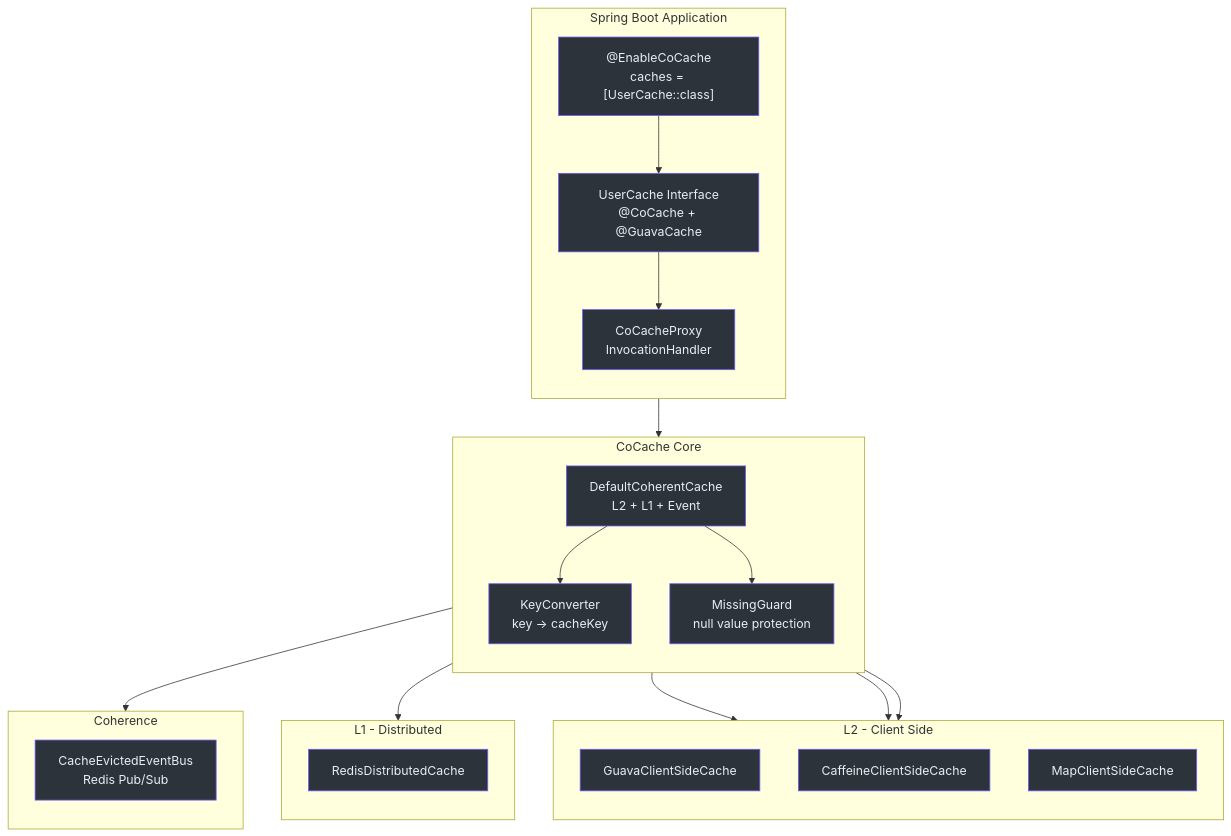
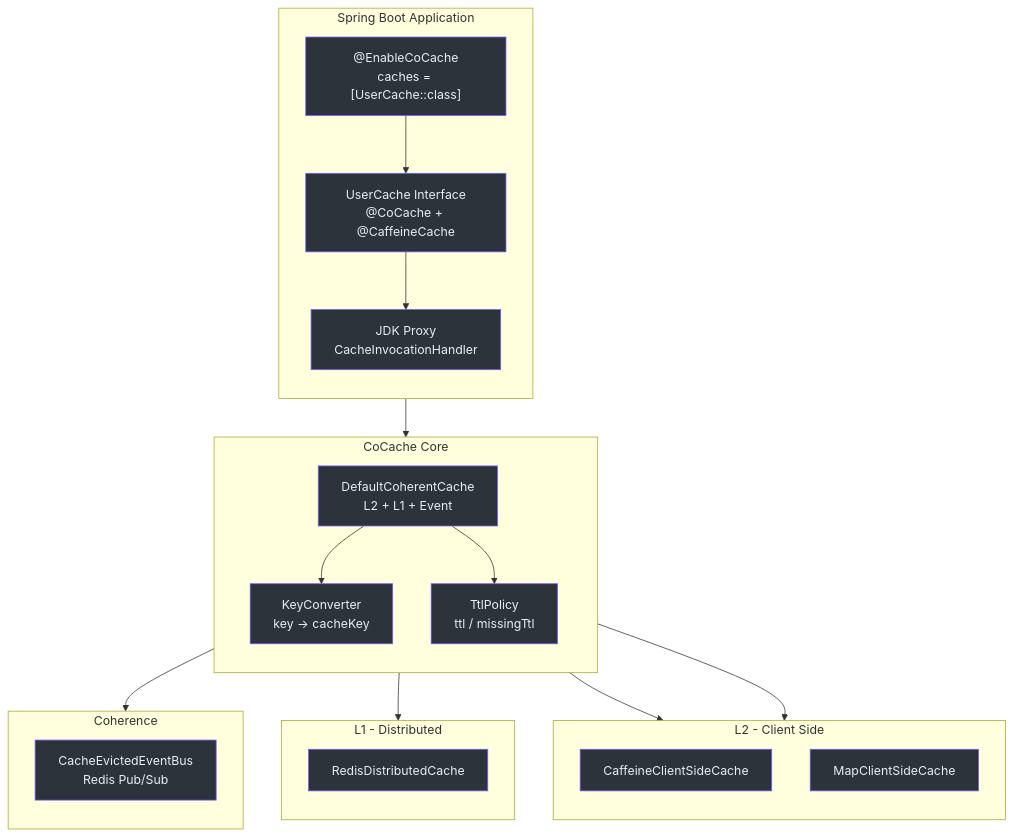
The third of 4 diagrams in wiki/guide/index.md (Ahoo-Wang/CoCache), drawn with Mermaid before and after one commit. The commit also changed other lines of this file and 256 other files, not shown here.

````diff
--- a/wiki/guide/index.md
+++ b/wiki/guide/index.md
@@ -98,56 +99,53 @@
 ```mermaid
 graph TB
     subgraph sg_26 ["Spring Boot Application"]
         direction TB
         EnableCoCache["@EnableCoCache<br>caches = [UserCache::class]"]
-        UserCache["UserCache Interface<br>@CoCache + @GuavaCache"]
-        Proxy["CoCacheProxy<br>InvocationHandler"]
+        UserCache["UserCache Interface<br>@CoCache + @CaffeineCache"]
+        Proxy["JDK Proxy<br>CacheInvocationHandler"]
     end
 
     subgraph sg_27 ["CoCache Core"]
         direction TB
         CoherentCache["DefaultCoherentCache<br>L2 + L1 + Event"]
         KeyConverter["KeyConverter<br>key -> cacheKey"]
-        MissingGuard["MissingGuard<br>null value protection"]
+        TtlPolicy["TtlPolicy<br>ttl / missingTtl"]
     end
 
     subgraph sg_28 ["L2 - Client Side"]
         direction TB
-        Guava["GuavaClientSideCache"]
         Caffeine["CaffeineClientSideCache"]
         Map["MapClientSideCache"]
     end
 
     subgraph sg_29 ["L1 - Distributed"]
         direction TB
         Redis["RedisDistributedCache"]
     end
 
     subgraph sg_30 ["Coherence"]
         direction TB
         EventBus["CacheEvictedEventBus<br>Redis Pub/Sub"]
     end
 
     EnableCoCache --> UserCache
     UserCache --> Proxy
     Proxy --> CoherentCache
     CoherentCache --> KeyConverter
-    CoherentCache --> MissingGuard
-    CoherentCache --> Guava
+    CoherentCache --> TtlPolicy
     CoherentCache --> Caffeine
     CoherentCache --> Map
     CoherentCache --> Redis
     CoherentCache --> EventBus
 
     style EnableCoCache fill:#2d333b,stroke:#6d5dfc,color:#e6edf3
     style UserCache fill:#2d333b,stroke:#6d5dfc,color:#e6edf3
     style Proxy fill:#2d333b,stroke:#6d5dfc,color:#e6edf3
     style CoherentCache fill:#2d333b,stroke:#6d5dfc,color:#e6edf3
     style KeyConverter fill:#2d333b,stroke:#6d5dfc,color:#e6edf3
-    style MissingGuard fill:#2d333b,stroke:#6d5dfc,color:#e6edf3
-    style Guava fill:#2d333b,stroke:#6d5dfc,color:#e6edf3
+    style TtlPolicy fill:#2d333b,stroke:#6d5dfc,color:#e6edf3
     style Caffeine fill:#2d333b,stroke:#6d5dfc,color:#e6edf3
     style Map fill:#2d333b,stroke:#6d5dfc,color:#e6edf3
     style Redis fill:#2d333b,stroke:#6d5dfc,color:#e6edf3
     style EventBus fill:#2d333b,stroke:#6d5dfc,color:#e6edf3
 ```
````
